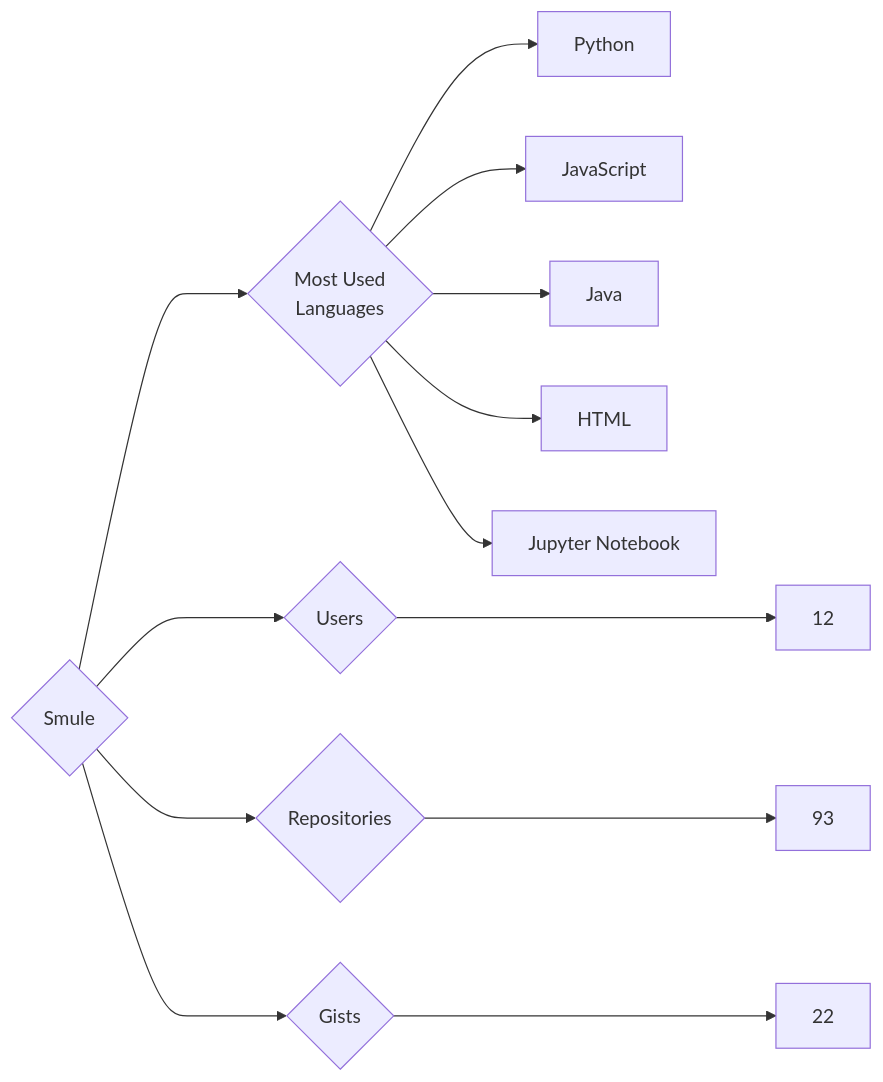
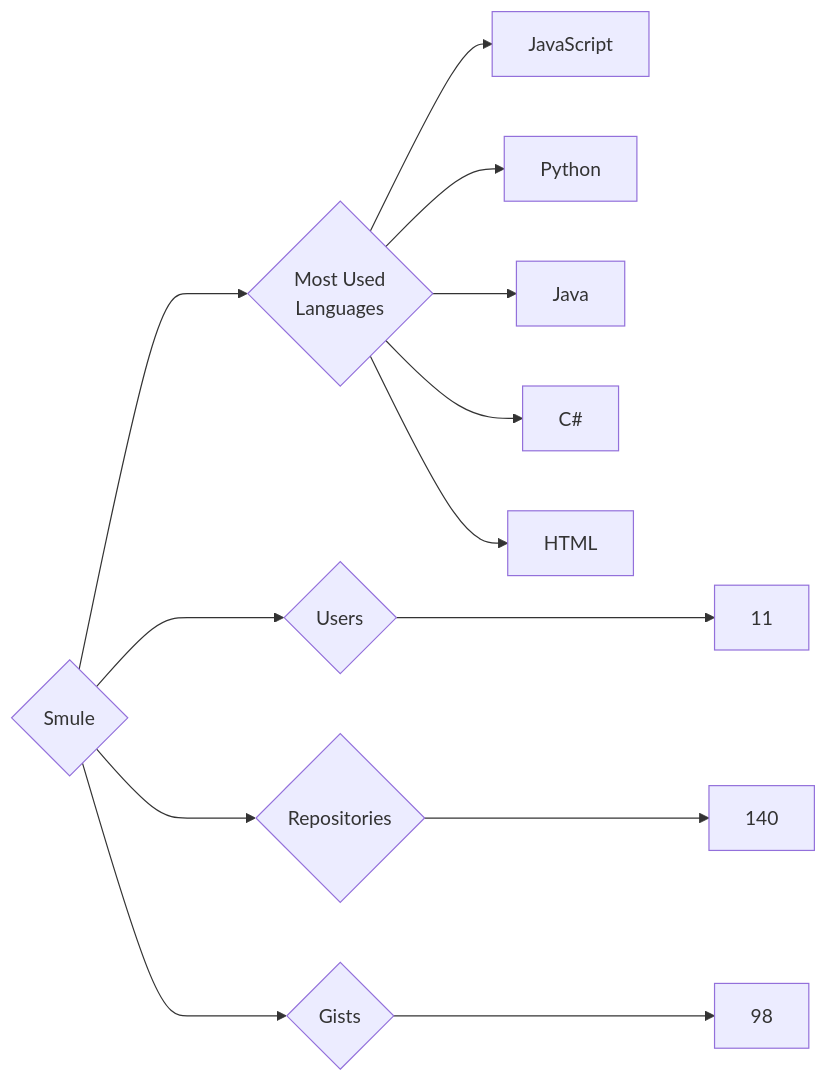
Before and after one commit to trickest/insiders: the diagram in targets/Smule/README.md, drawn with Mermaid. The commit also changed 839 other files, not shown here.

````diff
--- a/targets/Smule/README.md
+++ b/targets/Smule/README.md
@@ -3,13 +3,13 @@
 ```mermaid
 graph LR
 COMPANY_NAME{Smule}
-COMPANY_NAME ---> U{Users} ---> UN[12]
-COMPANY_NAME ---> R{Repositories} ---> RN[93]
-COMPANY_NAME ---> G{Gists} ---> GN[22]
+COMPANY_NAME ---> U{Users} ---> UN[11]
+COMPANY_NAME ---> R{Repositories} ---> RN[140]
+COMPANY_NAME ---> G{Gists} ---> GN[98]
 COMPANY_NAME ---> ML{Most Used<br>Languages}
+ML --> JavaScript[JavaScript]
 ML --> Python[Python]
-ML --> JavaScript[JavaScript]
 ML --> Java[Java]
+ML --> C#[C#]
 ML --> HTML[HTML]
-ML --> Jupyter_Notebook[Jupyter Notebook]
 ```
````
